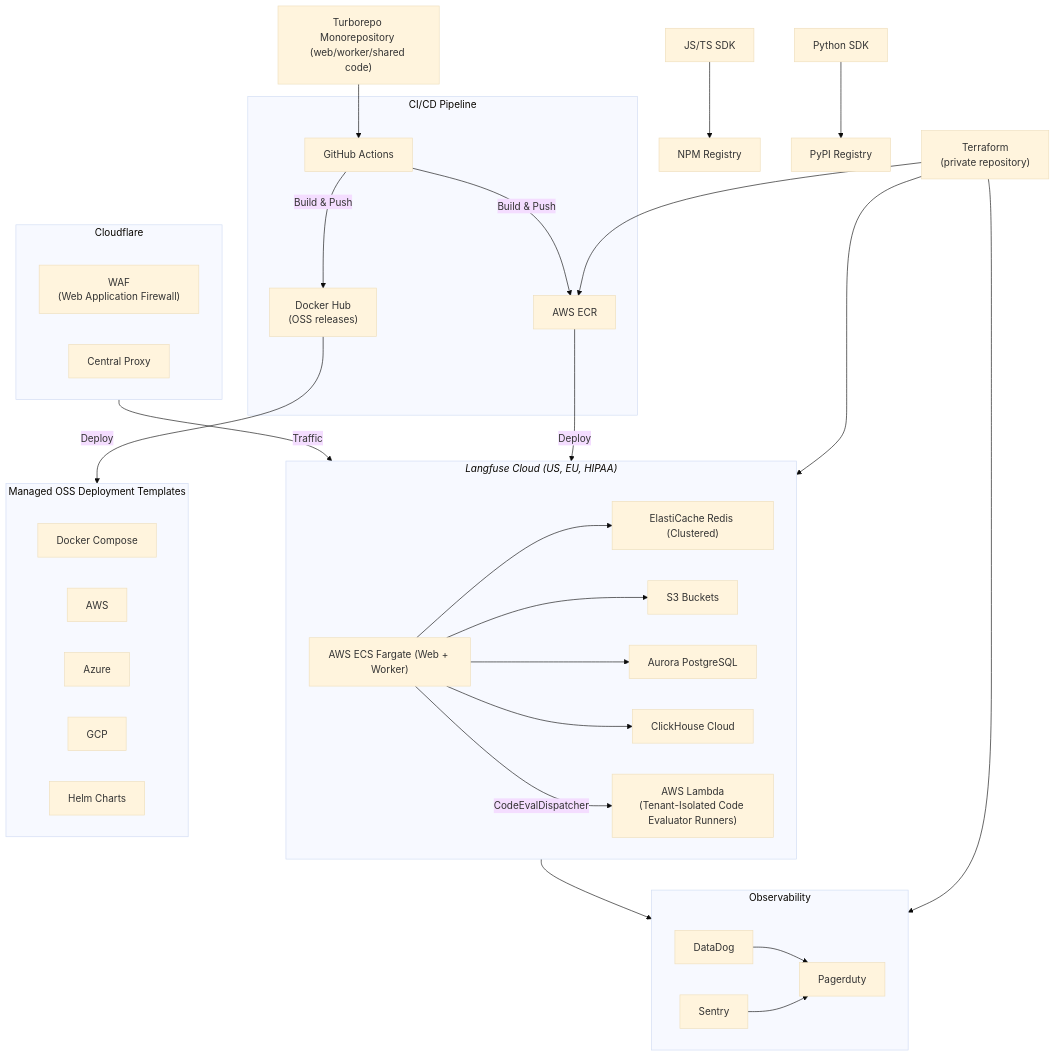
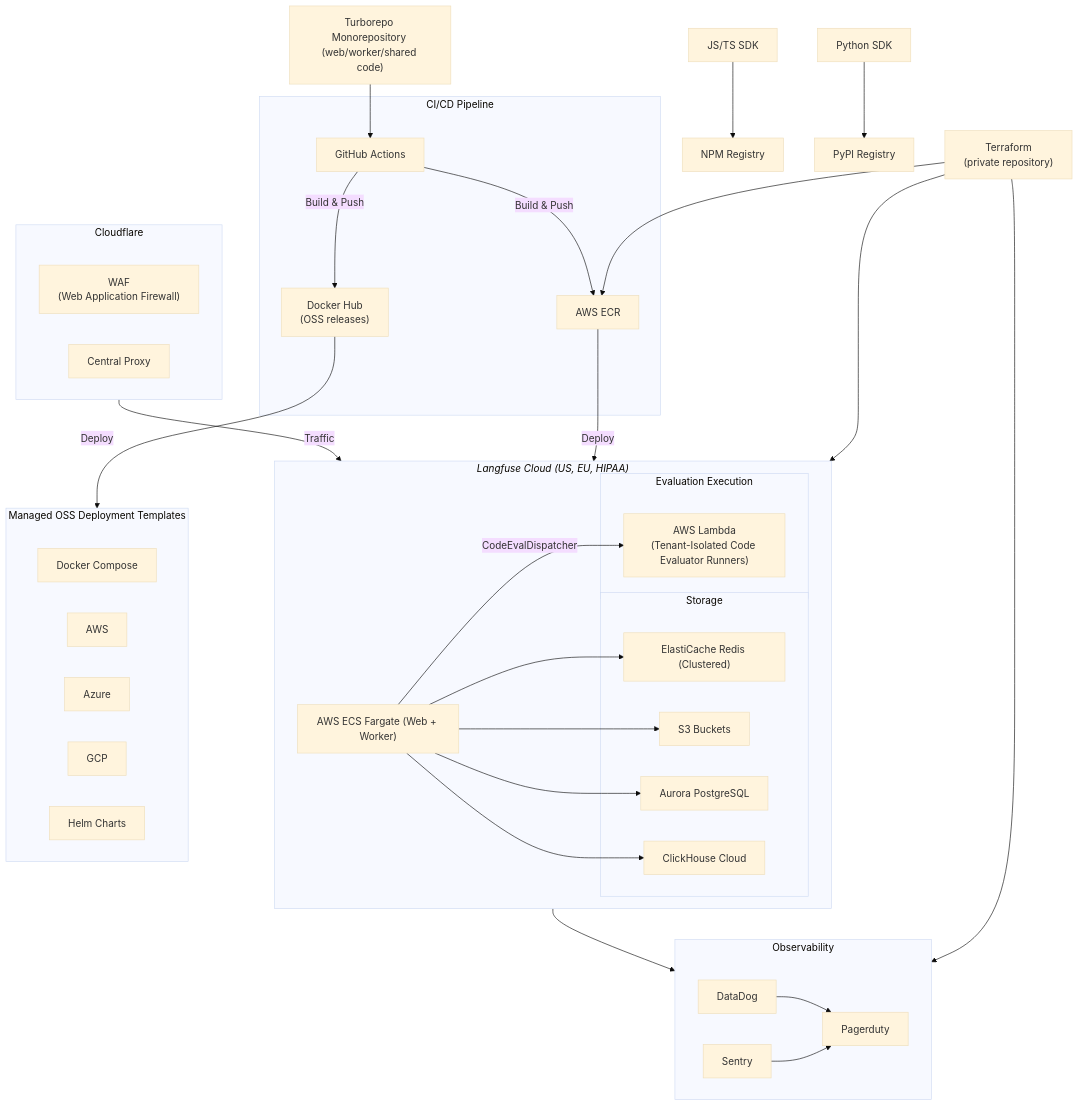
The fourth of 4 diagrams in content/handbook/product-engineering/architecture.mdx (langfuse/langfuse-docs), drawn with Mermaid (base theme) before and after one commit. The commit also changed other lines of this file, not shown here.

Commit message:
docs(handbook): separate evaluation architecture layer

```diff
--- a/content/handbook/product-engineering/architecture.mdx
+++ b/content/handbook/product-engineering/architecture.mdx
@@ -101,11 +113,23 @@
 
     subgraph VPN["<span style='display:block; width:100%; text-align:left; white-space: nowrap;'><i>Langfuse Cloud (US, EU, HIPAA)</i></span>"]
         ECS["AWS ECS Fargate (Web + Worker)"]
-        ECS --> ElastiCache["ElastiCache Redis (Clustered)"]
-        ECS --> S3[S3 Buckets]
-        ECS --> Aurora[Aurora PostgreSQL]
-        ECS --> CH[ClickHouse Cloud]
-        ECS -->|CodeEvalDispatcher| Lambda["AWS Lambda<br/>(Tenant-Isolated Code Evaluator Runners)"]
+
+        subgraph StorageInfra["Storage"]
+            ElastiCache["ElastiCache Redis (Clustered)"]
+            S3[S3 Buckets]
+            Aurora[Aurora PostgreSQL]
+            CH[ClickHouse Cloud]
+        end
+
+        subgraph EvaluationInfra["Evaluation Execution"]
+            Lambda["AWS Lambda<br/>(Tenant-Isolated Code Evaluator Runners)"]
+        end
+
+        ECS --> ElastiCache
+        ECS --> S3
+        ECS --> Aurora
+        ECS --> CH
+        ECS -->|CodeEvalDispatcher| Lambda
     end
 
     subgraph OSS["Managed OSS Deployment Templates"]
```
